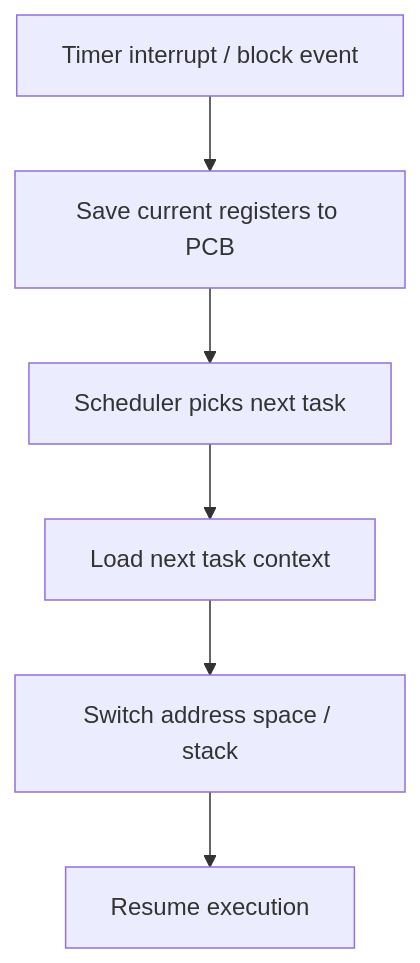
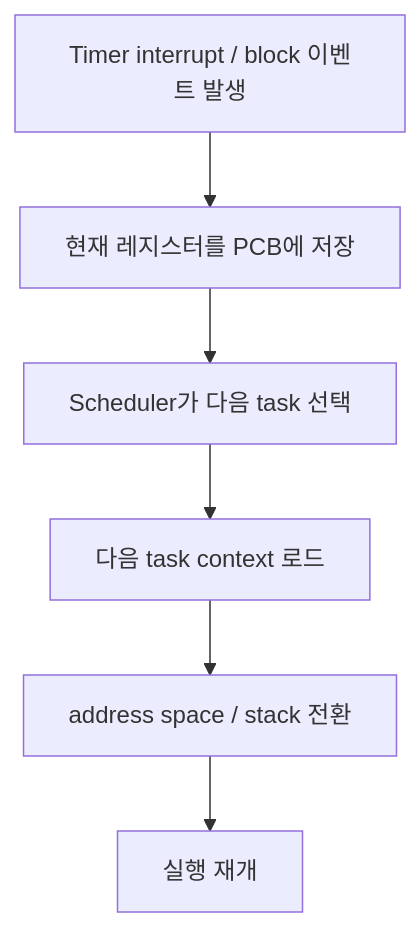
One commit to mandoobox/mandoobox.github.io changed the fifth of 37 diagrams in _posts/cs-note/2026-02-27-os.md. Above: the diagram before and after it, drawn with Mermaid. The commit also changed other lines of this file and 18 other files, not shown here.

````diff
--- a/_posts/cs-note/2026-02-27-os.md
+++ b/_posts/cs-note/2026-02-27-os.md
@@ -133,8 +139,8 @@
 ```mermaid
 flowchart TD
-  A["Timer interrupt / block event"] --> B[Save current registers to PCB]
-  B --> C[Scheduler picks next task]
-  C --> D[Load next task context]
-  D --> E["Switch address space / stack"]
-  E --> F[Resume execution]
+  A["Timer interrupt / block 이벤트 발생"] --> B[현재 레지스터를 PCB에 저장]
+  B --> C[Scheduler가 다음 task 선택]
+  C --> D[다음 task context 로드]
+  D --> E["address space / stack 전환"]
+  E --> F[실행 재개]
 ```
````
